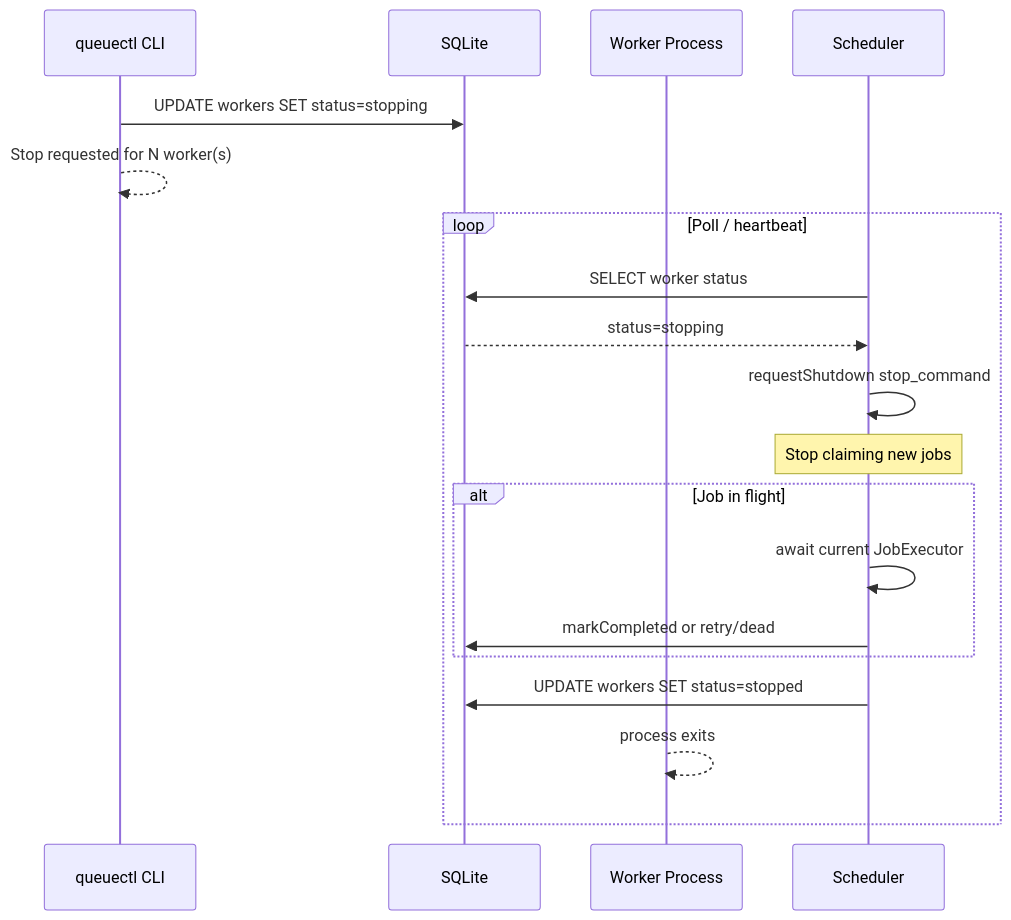
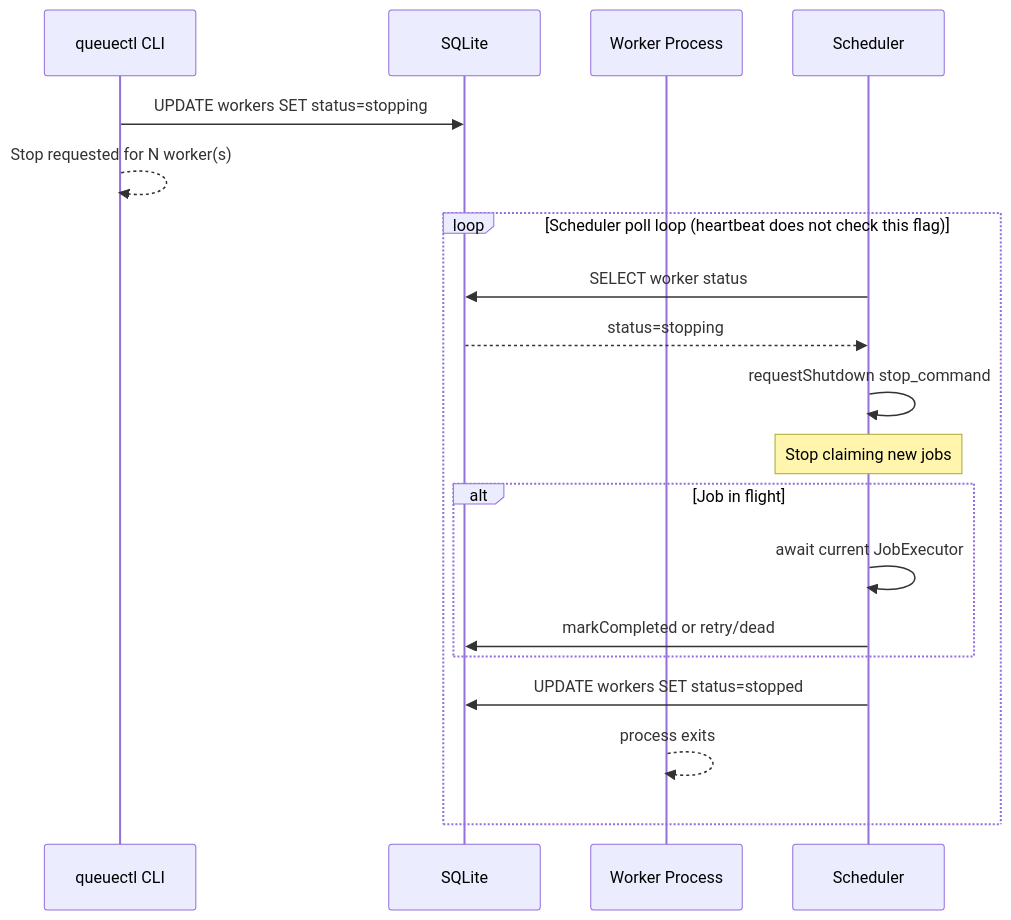
Before and after one commit to tejash05/queuectl: the sixth of 10 diagrams in docs/architecture.md, drawn with Mermaid. The commit also changed other lines of this file and 25 other files, not shown here.

````diff
--- a/docs/architecture.md
+++ b/docs/architecture.md
@@ -192,22 +214,22 @@
 ```mermaid
 sequenceDiagram
   participant CLI as queuectl CLI
   participant DB as SQLite
   participant W as Worker Process
   participant S as Scheduler
 
   CLI->>DB: UPDATE workers SET status=stopping
   CLI-->>CLI: Stop requested for N worker(s)
-  loop Poll / heartbeat
+  loop Scheduler poll loop (heartbeat does not check this flag)
     S->>DB: SELECT worker status
     DB-->>S: status=stopping
     S->>S: requestShutdown stop_command
     Note over S: Stop claiming new jobs
     alt Job in flight
       S->>S: await current JobExecutor
       S->>DB: markCompleted or retry/dead
     end
     S->>DB: UPDATE workers SET status=stopped
     W-->>W: process exits
   end
 ```
````
